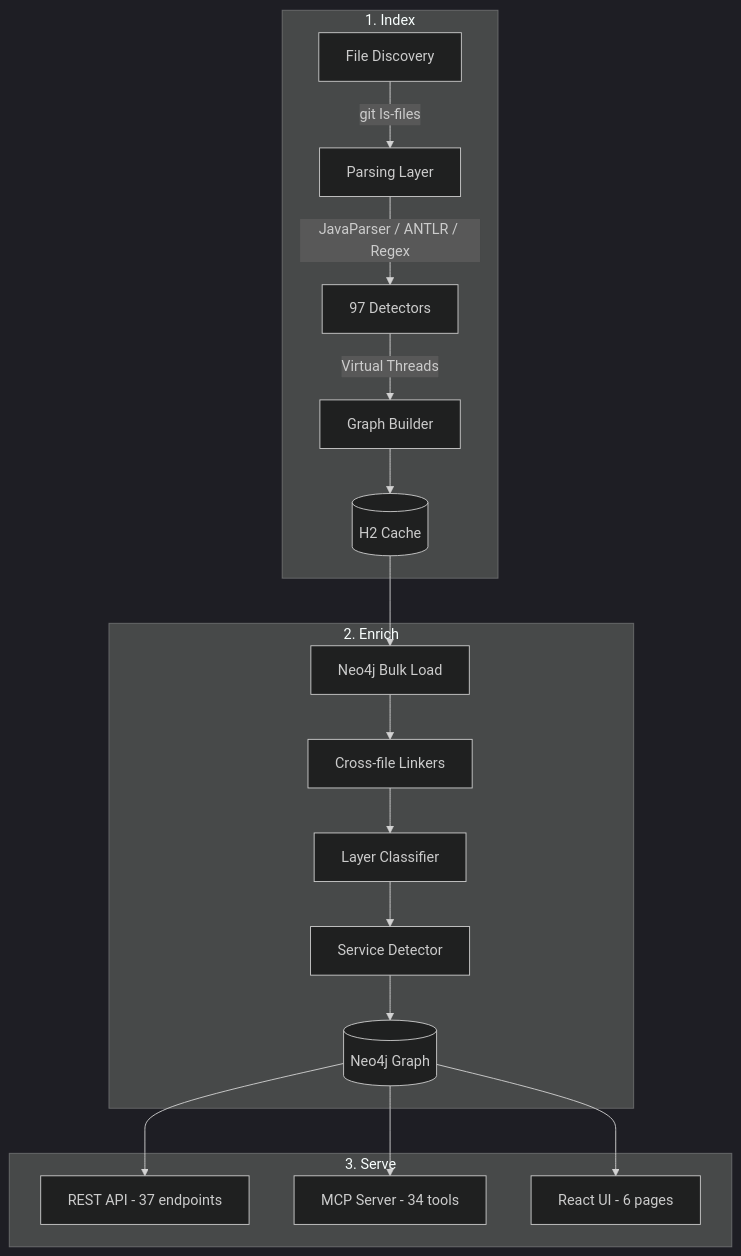
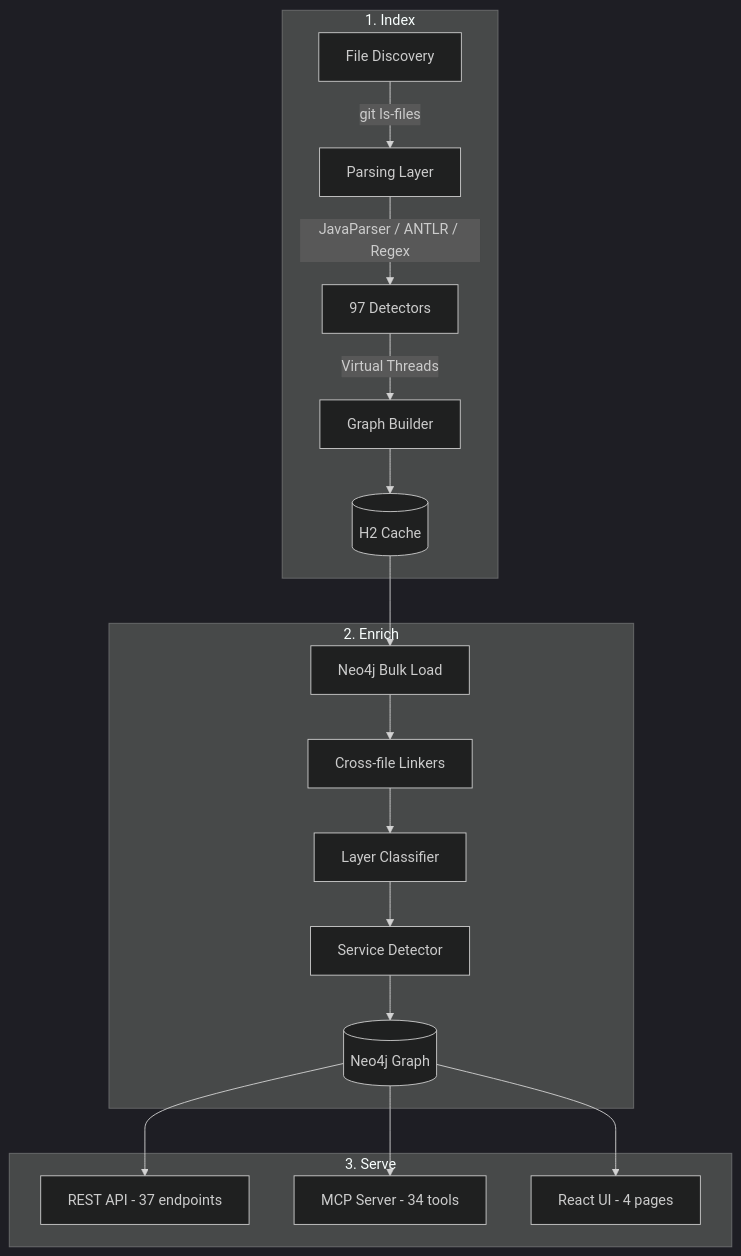
One commit to RandomCodeSpace/codeiq changed the first of 3 diagrams in README.md. Above: the diagram before and after it, drawn with Mermaid (dark theme). The commit also changed other lines of this file and 1 other file, not shown here.

Commit message:
docs: update CLAUDE.md and README.md for UI rewrite
- Tech stack: Tailwind CSS → Ant Design v5 + ECharts v5
- UI pages: 6 → 4 (Dashboard, Codebase Map, Explorer, MCP Console)
- Removed references to Cytoscape.js, Topology page, Flow page, API Docs

````diff
--- a/README.md
+++ b/README.md
@@ -41,23 +41,23 @@
 ```mermaid
 graph TD
     subgraph "1. Index"
         A[File Discovery] -->|git ls-files| B[Parsing Layer]
         B -->|JavaParser / ANTLR / Regex| C[97 Detectors]
         C -->|Virtual Threads| D[Graph Builder]
         D --> E[(H2 Cache)]
     end
 
     subgraph "2. Enrich"
         E --> F[Neo4j Bulk Load]
         F --> G[Cross-file Linkers]
         G --> H[Layer Classifier]
         H --> I[Service Detector]
         I --> J[(Neo4j Graph)]
     end
 
     subgraph "3. Serve"
         J --> K[REST API - 37 endpoints]
         J --> L[MCP Server - 34 tools]
-        J --> M[React UI - 6 pages]
+        J --> M[React UI - 4 pages]
     end
 ```
````
